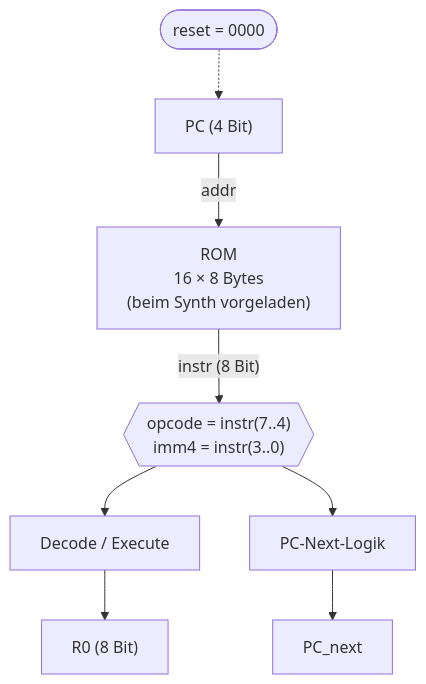
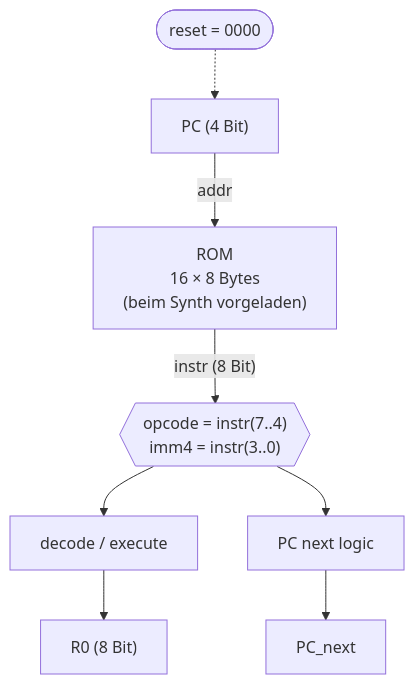
One commit to Kmila9s/Kmila changed the diagram in Kmila.Shared/wwwroot/Learn/de/cpu/02-cpu-project.md. Above: the diagram before and after it, drawn with Mermaid. The commit also changed other lines of this file and 212 other files, not shown here.

````diff
--- a/Kmila.Shared/wwwroot/Learn/de/cpu/02-cpu-project.md
+++ b/Kmila.Shared/wwwroot/Learn/de/cpu/02-cpu-project.md
@@ -7,10 +7,10 @@
 ```mermaid
 flowchart TD
     RST(["reset = 0000"]) -.-> PC["PC (4 Bit)"]
     PC -- addr --> ROM["ROM<br/>16 × 8 Bytes<br/>(beim Synth vorgeladen)"]
     ROM -- "instr (8 Bit)" --> SPLIT{{"opcode = instr(7..4)<br/>imm4 = instr(3..0)"}}
-    SPLIT --> DECEXE["Decode / Execute"]
-    SPLIT --> PCNXT["PC-Next-Logik"]
+    SPLIT --> DECEXE["decode / execute"]
+    SPLIT --> PCNXT["PC next logic"]
     DECEXE --> R0["R0 (8 Bit)"]
     PCNXT --> PCN["PC_next"]
 ```
````
